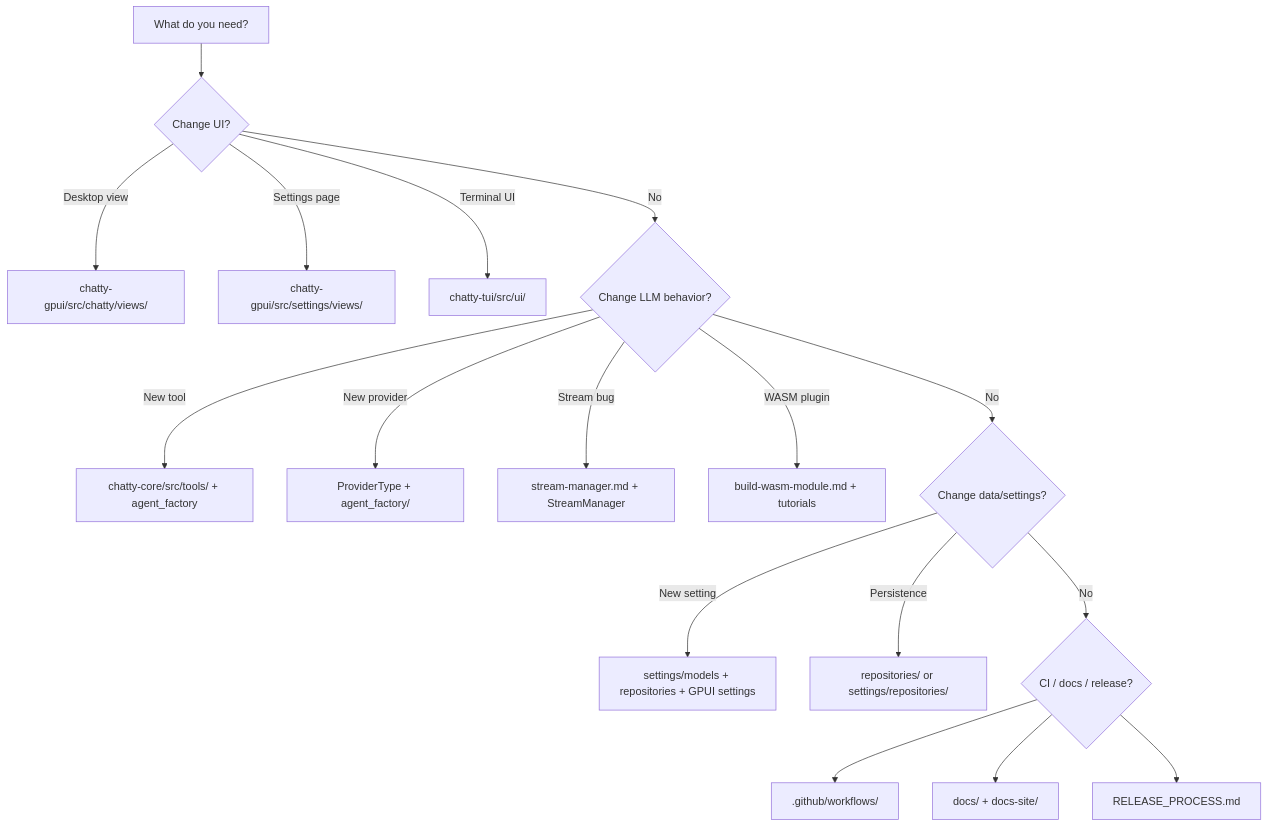
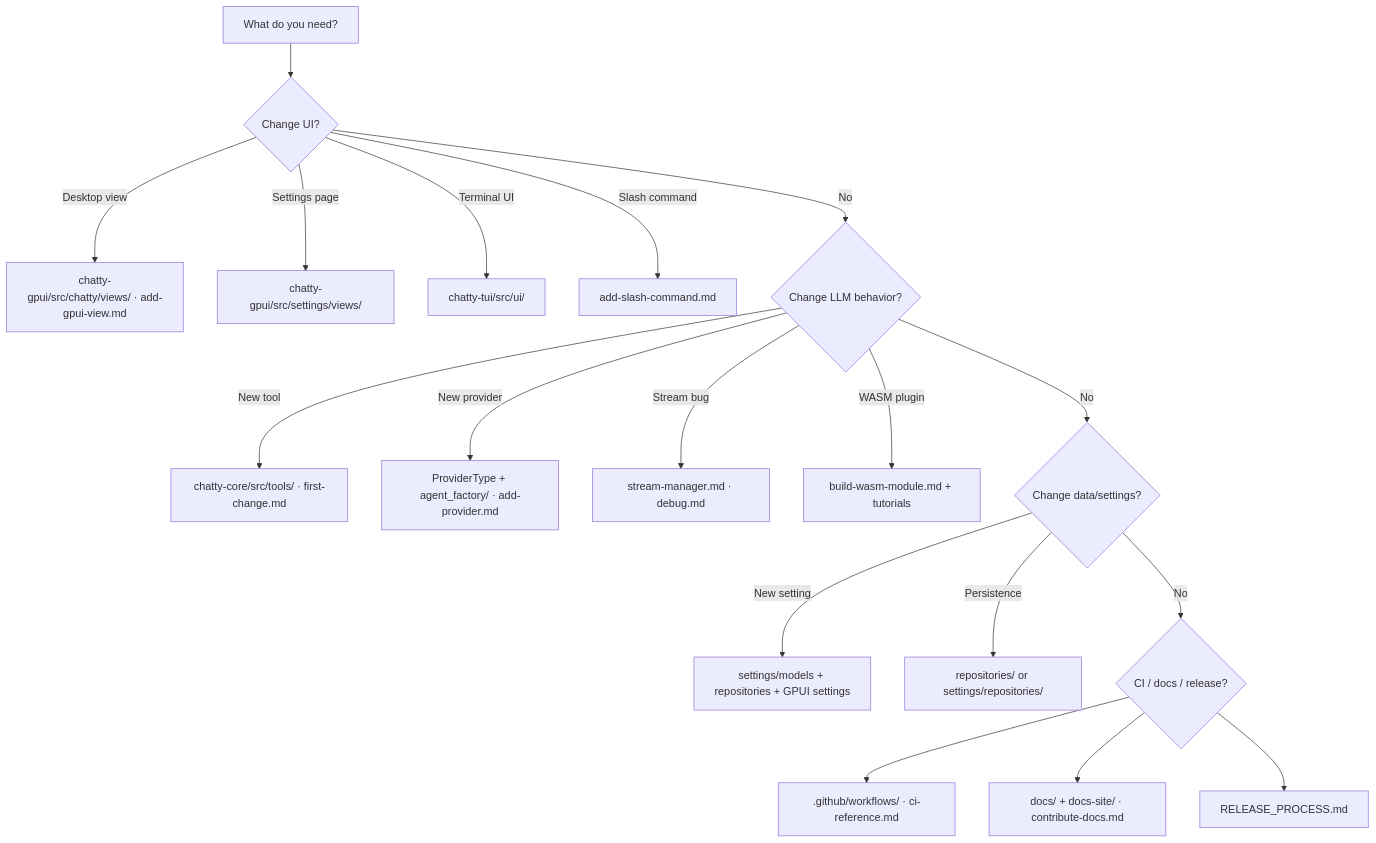
Before and after one commit to boersmamarcel/chatty2: the diagram in docs-site/src/dev/where-to-look.md, drawn with Mermaid. The commit also changed other lines of this file and 18 other files, not shown here.

````diff
--- a/docs-site/src/dev/where-to-look.md
+++ b/docs-site/src/dev/where-to-look.md
@@ -5,19 +5,20 @@
 ```mermaid
 flowchart TD
   Start[What do you need?] --> UI{Change UI?}
-  UI -->|Desktop view| V["chatty-gpui/src/chatty/views/"]
+  UI -->|Desktop view| V["chatty-gpui/src/chatty/views/ · add-gpui-view.md"]
   UI -->|Settings page| S["chatty-gpui/src/settings/views/"]
   UI -->|Terminal UI| T["chatty-tui/src/ui/"]
+  UI -->|Slash command| SC["add-slash-command.md"]
   UI -->|No| LLM{Change LLM behavior?}
-  LLM -->|New tool| Tool["chatty-core/src/tools/ + agent_factory"]
-  LLM -->|New provider| Prov["ProviderType + agent_factory/"]
-  LLM -->|Stream bug| SM["stream-manager.md + StreamManager"]
+  LLM -->|New tool| Tool["chatty-core/src/tools/ · first-change.md"]
+  LLM -->|New provider| Prov["ProviderType + agent_factory/ · add-provider.md"]
+  LLM -->|Stream bug| SM["stream-manager.md · debug.md"]
   LLM -->|WASM plugin| WASM["build-wasm-module.md + tutorials"]
   LLM -->|No| Data{Change data/settings?}
   Data -->|New setting| Set["settings/models + repositories + GPUI settings"]
   Data -->|Persistence| Repo["repositories/ or settings/repositories/"]
   Data -->|No| Infra{CI / docs / release?}
-  Infra --> WF[".github/workflows/"]
-  Infra --> Doc["docs/ + docs-site/"]
+  Infra --> WF[".github/workflows/ · ci-reference.md"]
+  Infra --> Doc["docs/ + docs-site/ · contribute-docs.md"]
   Infra --> Rel["RELEASE_PROCESS.md"]
 ```
````
